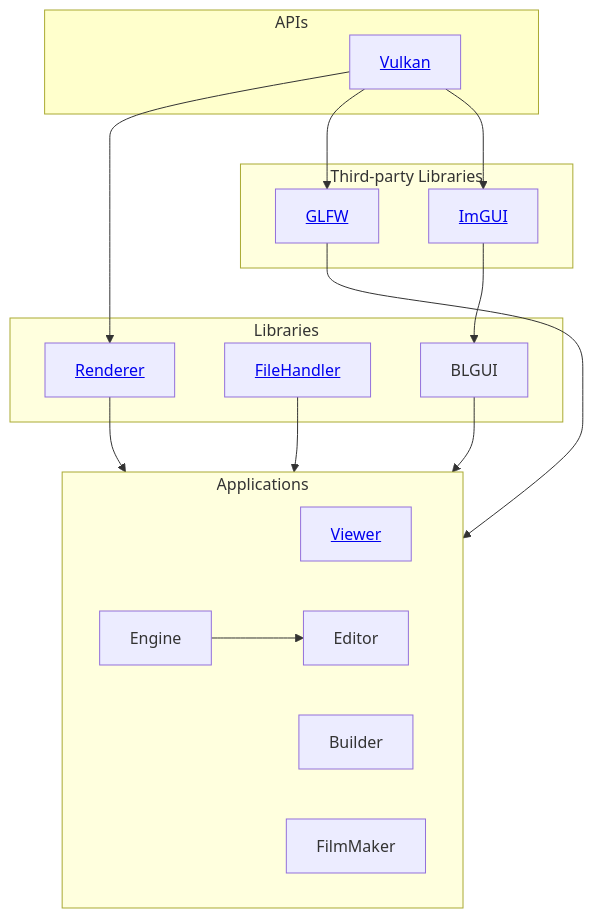
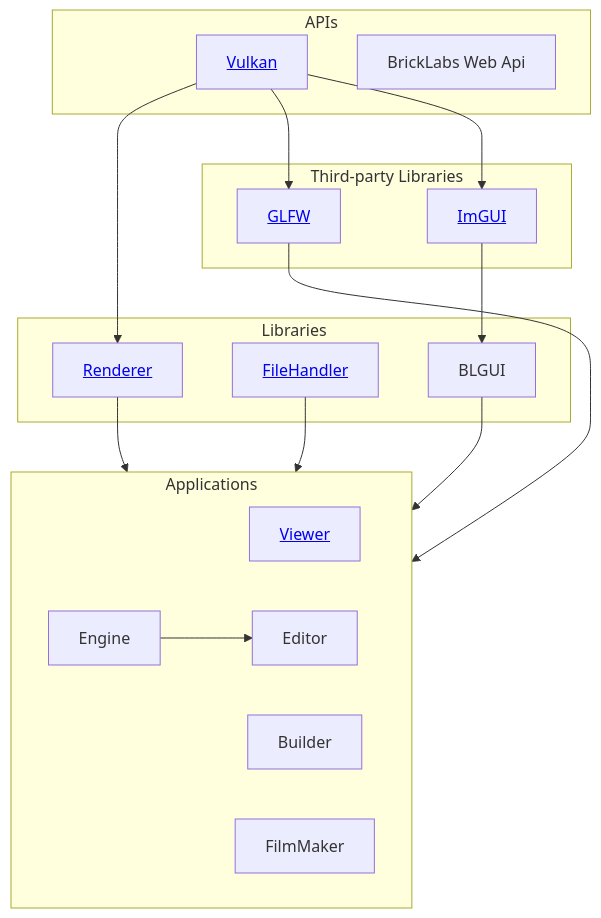
One commit to Brick-Labs/.github changed the diagram in profile/README.md. Above: the diagram before and after it, drawn with Mermaid.

Commit message:
finish structure

````diff
--- a/profile/README.md
+++ b/profile/README.md
@@ -4,44 +4,44 @@
 ```mermaid
 graph TD
     
     subgraph APIs
-        style APIs fill:#ffc
         Vulkan[<a href="https://vulkan.org">Vulkan</a>]
+        BLAPI[<span>BrickLabs Web Api</span>]
     end
 
     subgraph Third-party Libraries
         GLFW[<a href="https://www.glfw.org">GLFW</a>]
         ImGUI[<a href="https://github.com/ocornut/imgui">ImGUI</a>]
     end
 
     subgraph Libraries
         Renderer[<a href="https://github.com/Brick-Labs/Renderer">Renderer</a>]
         FileHandler[<a href="https://github.com/Brick-Labs/FileHandler">FileHandler</a>]
         BLGUI
     end
 
     subgraph Applications
         Viewer[<a href="https://github.com/Brick-Labs/Viewer">Viewer</a>]
         Builder
         Engine
         Editor
         FilmMaker
     end
 
     %% APIs to Libraries
     Vulkan --> Renderer
     Vulkan --> GLFW
     Vulkan --> ImGUI
 
     %% Libraries to Libraries
     ImGUI --> BLGUI
 
     %% Librararies to Applications
     Renderer --> Applications
     GLFW --> Applications
     BLGUI --> Applications 
     FileHandler --> Applications
 
     %% Applications to Applications
     Engine --> Editor
 ```
````
